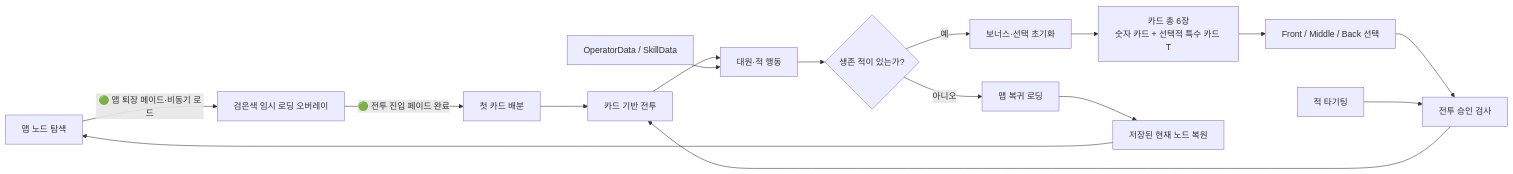
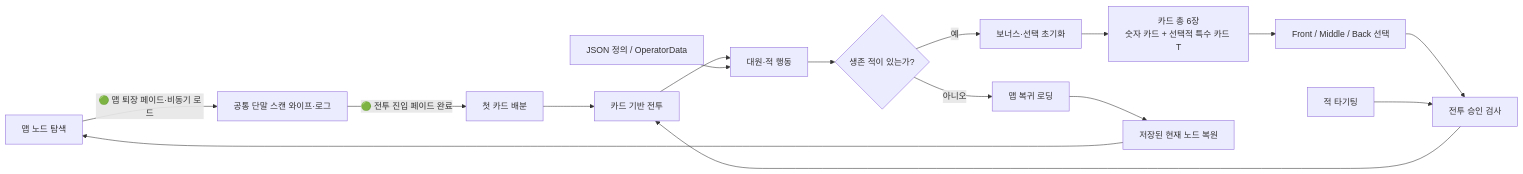
The diagram in wiki/랜드인트 작전기록 대문.md (icrf-hot/Randint_Strategy_Record), drawn with Mermaid before and after one commit. The commit also changed other lines of this file and 79 other files, not shown here.

````diff
--- a/wiki/랜드인트 작전기록 대문.md
+++ b/wiki/랜드인트 작전기록 대문.md
@@ -40,18 +47,18 @@
 ```mermaid
 flowchart LR
-    Map[맵 노드 탐색] -->|🟢 맵 퇴장 페이드·비동기 로드| Loading[검은색 임시 로딩 오버레이]
+    Map[맵 노드 탐색] -->|🟢 맵 퇴장 페이드·비동기 로드| Loading[공통 단말 스캔 와이프·로그]
     Loading -->|🟢 전투 진입 페이드 완료| Deal[첫 카드 배분]
     Deal --> Battle[카드 기반 전투]
     Card[카드 총 6장<br/>숫자 카드 + 선택적 특수 카드 T] --> Select[Front / Middle / Back 선택]
     Select --> Gate[전투 승인 검사]
     Target[적 타기팅] --> Gate
     Gate --> Battle
     Battle --> Actor[대원·적 행동]
     Actor --> Victory{생존 적이 있는가?}
     Victory -->|예| Reset[보너스·선택 초기화]
     Reset --> Card
     Victory -->|아니오| Return[맵 복귀 로딩]
     Return --> Restore[저장된 현재 노드 복원]
     Restore --> Map
-    Data[OperatorData / SkillData] --> Actor
+    Data[JSON 정의 / OperatorData] --> Actor
 ```
````
